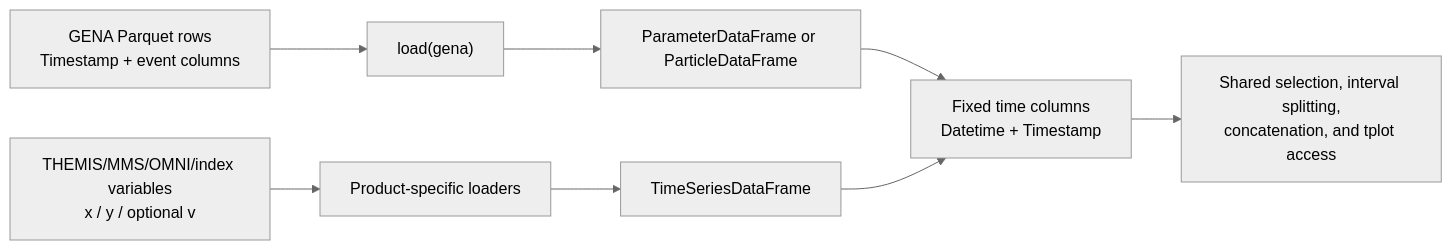
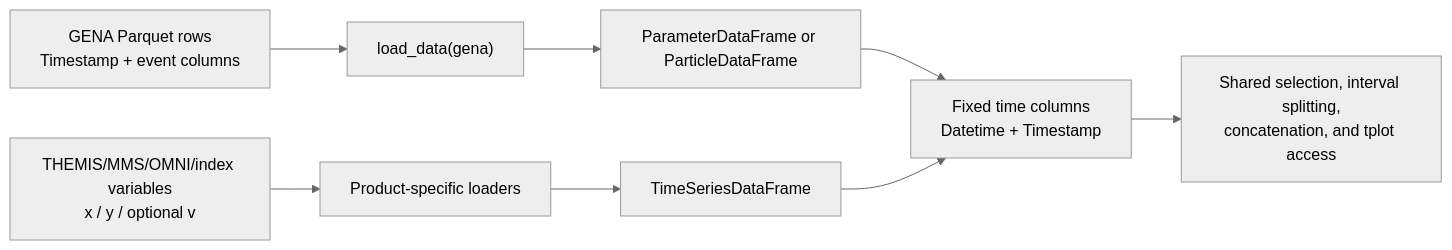
Before and after one commit to shawnafk/GENA: the diagram in readme.md, drawn with Mermaid (neutral theme). The commit also changed other lines of this file and 21 other files, not shown here.

````diff
--- a/readme.md
+++ b/readme.md
@@ -153,10 +183,10 @@
 ```mermaid
 flowchart LR
-    G["GENA Parquet rows<br/>Timestamp + event columns"] --> GL["load(gena)"]
+    G["GENA Parquet rows<br/>Timestamp + event columns"] --> GL["load_data(gena)"]
     GL --> E["ParameterDataFrame or ParticleDataFrame"]
     T["THEMIS/MMS/OMNI/index variables<br/>x / y / optional v"] --> D["Product-specific loaders"]
     D --> F["TimeSeriesDataFrame"]
     E --> C["Fixed time columns<br/>Datetime + Timestamp"]
     F --> C
     C --> S["Shared selection, interval splitting,<br/>concatenation, and tplot access"]
 ```
````
